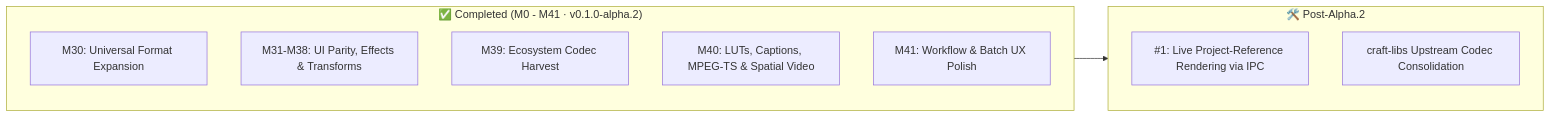
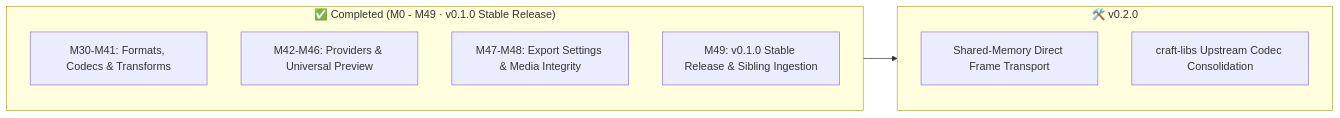
One commit to el-j/encoderCraft changed the diagram in README.md. Above: the diagram before and after it, drawn with Mermaid. The commit also changed other lines of this file and 8 other files, not shown here.

First line of the commit message:
feat(release): v0.1.0 first stable release readiness and final gap closure

````diff
--- a/README.md
+++ b/README.md
@@ -79,17 +88,16 @@
 ```mermaid
 flowchart LR
-    subgraph Completed ["✅ Completed (M0 - M41 · v0.1.0-alpha.2)"]
-        M30["M30: Universal Format Expansion"]
-        M31_38["M31-M38: UI Parity, Effects & Transforms"]
-        M39["M39: Ecosystem Codec Harvest"]
-        M40["M40: LUTs, Captions, MPEG-TS & Spatial Video"]
-        M41["M41: Workflow & Batch UX Polish"]
+    subgraph Completed ["✅ Completed (M0 - M49 · v0.1.0 Stable Release)"]
+        M30_41["M30-M41: Formats, Codecs & Transforms"]
+        M42_46["M42-M46: Providers & Universal Preview"]
+        M47_48["M47-M48: Export Settings & Media Integrity"]
+        M49["M49: v0.1.0 Stable Release & Sibling Ingestion"]
     end
 
-    subgraph Next ["🛠️ Post-Alpha.2"]
-        IPC["#1: Live Project-Reference Rendering via IPC"]
+    subgraph Next ["🛠️ v0.2.0"]
+        ICEORYX["Shared-Memory Direct Frame Transport"]
         UPSTREAM["craft-libs Upstream Codec Consolidation"]
     end
 
     Completed --> Next
 ```
````
